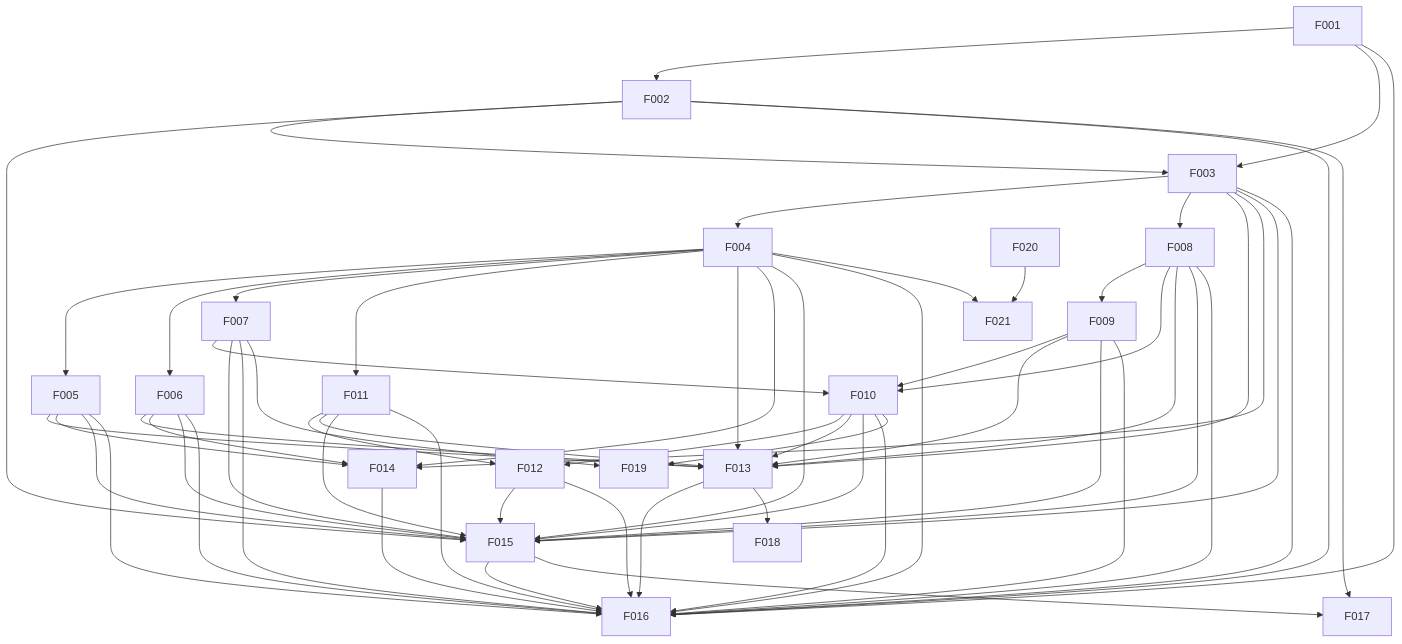
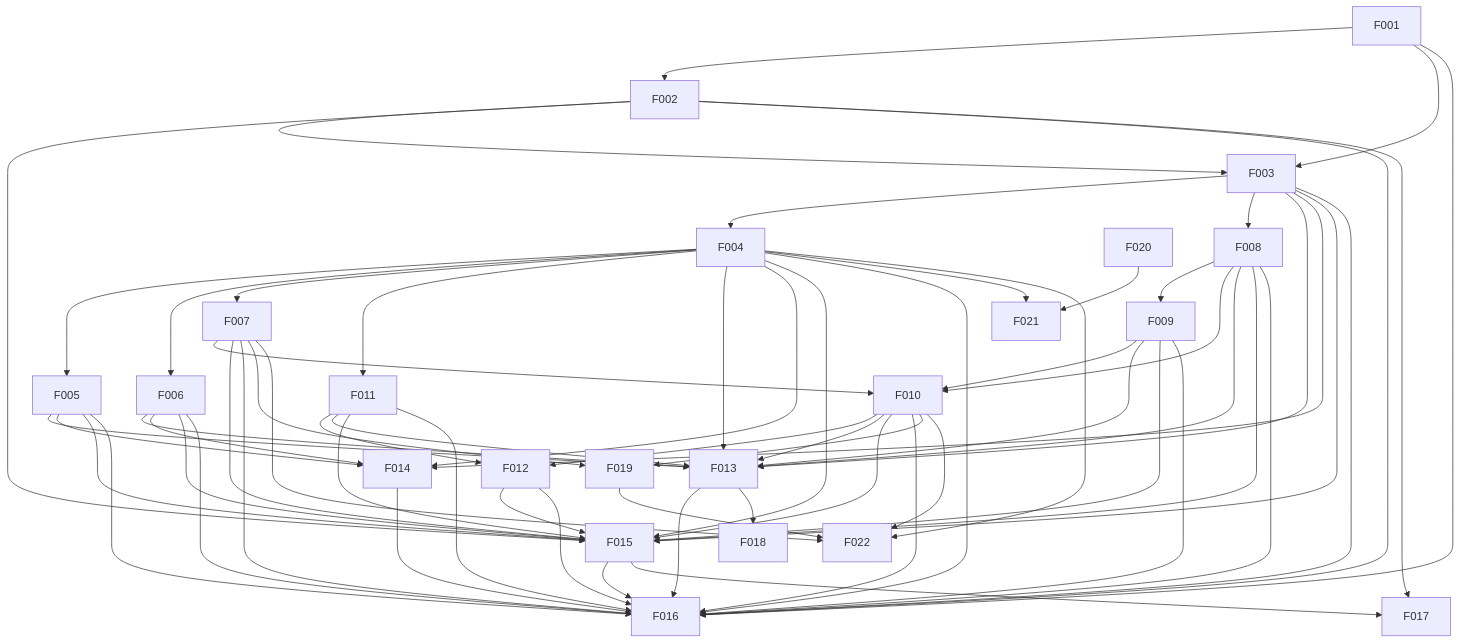
One commit to 47oo/csm changed the diagram in docs/project/dependency-map.md. Above: the diagram before and after it, drawn with Mermaid. The commit also changed other lines of this file and 3 other files, not shown here.

````diff
--- a/docs/project/dependency-map.md
+++ b/docs/project/dependency-map.md
@@ -29,6 +29,7 @@
     n18["F019"]
     n19["F020"]
     n20["F021"]
+    n21["F022"]
     n0 --> n1
     n0 --> n2
     n1 --> n2
@@ -89,4 +90,8 @@
     n9 --> n18
     n3 --> n20
     n19 --> n20
+    n3 --> n21
+    n6 --> n21
+    n9 --> n21
+    n18 --> n21
 ```
````
